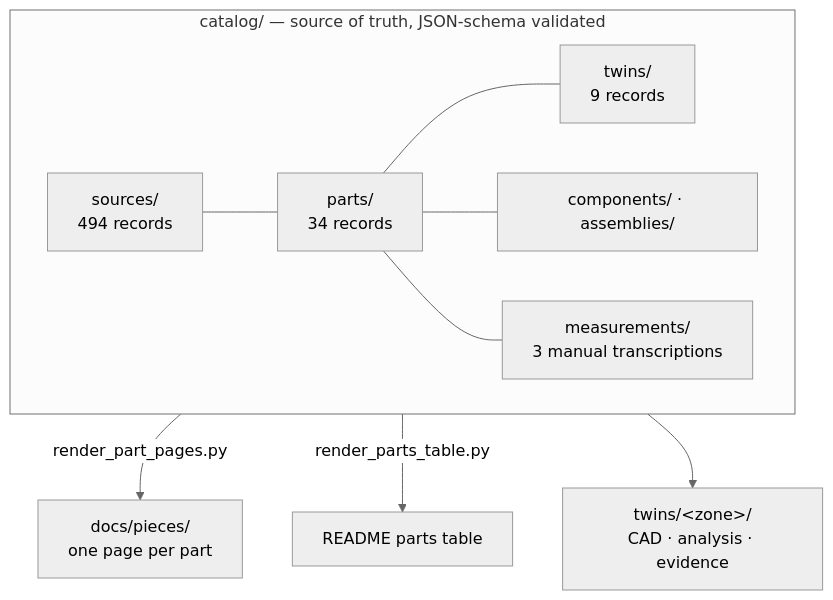
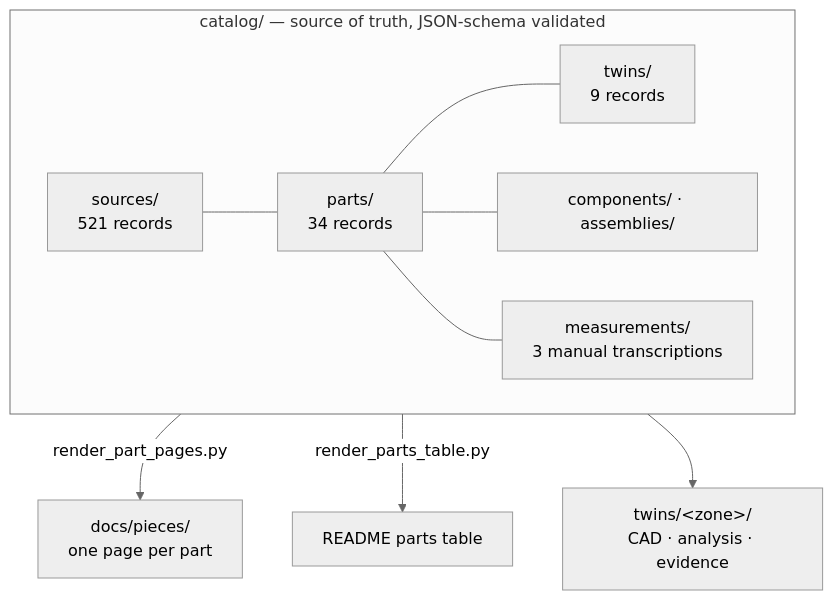
The fourth of 4 diagrams in README.md (cluster2600/porscheparts), drawn with Mermaid (neutral theme) before and after one commit. The commit also changed other lines of this file and 54 other files, not shown here.

````diff
--- a/README.md
+++ b/README.md
@@ -370,13 +370,13 @@
 ```mermaid
 flowchart TB
     subgraph catalog["catalog/ — source of truth, JSON-schema validated"]
       direction LR
-      src["sources/<br/>494 records"] --- prt["parts/<br/>34 records"]
+      src["sources/<br/>521 records"] --- prt["parts/<br/>34 records"]
       prt --- tw["twins/<br/>9 records"]
       prt --- cmp["components/ · assemblies/"]
       prt --- mea["measurements/<br/>3 manual transcriptions"]
     end
     prt -- "render_part_pages.py" --> pages["docs/pieces/<br/>one page per part"]
     prt -- "render_parts_table.py" --> table["README parts table"]
     tw --> twins["twins/&lt;zone&gt;/<br/>CAD · analysis · evidence"]
 ```
````
